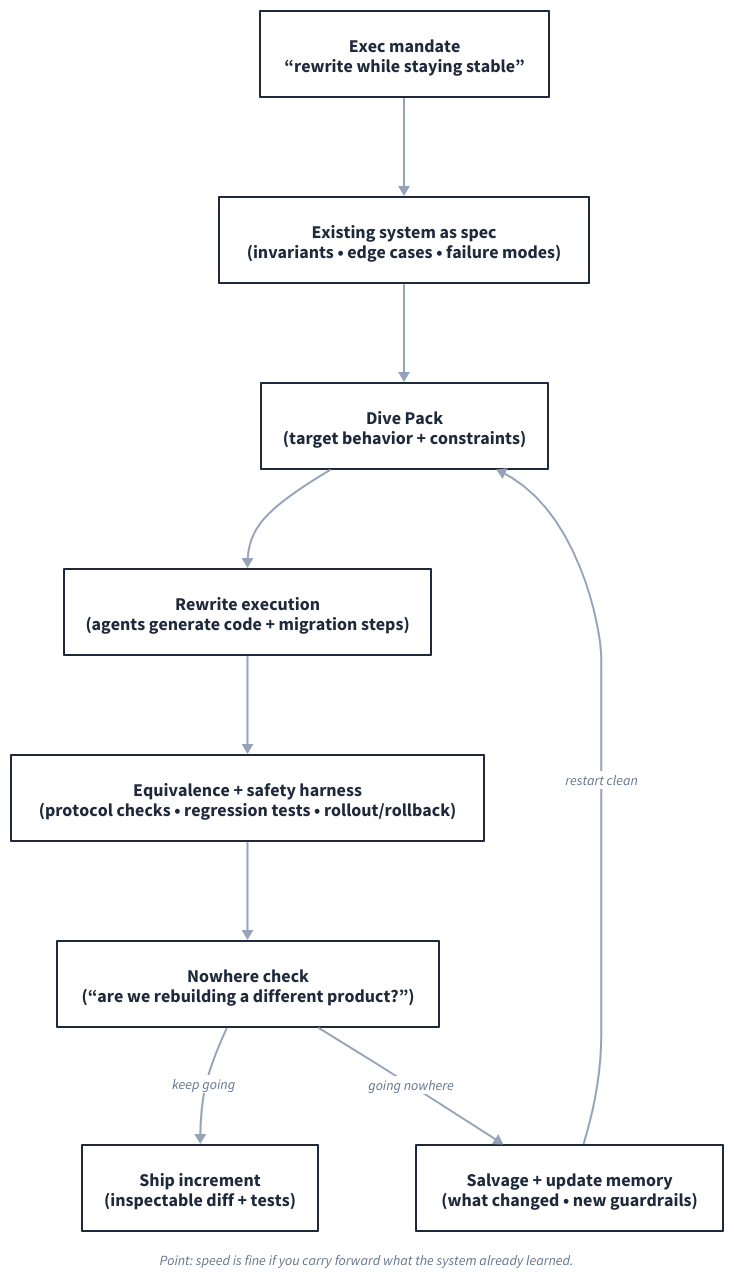
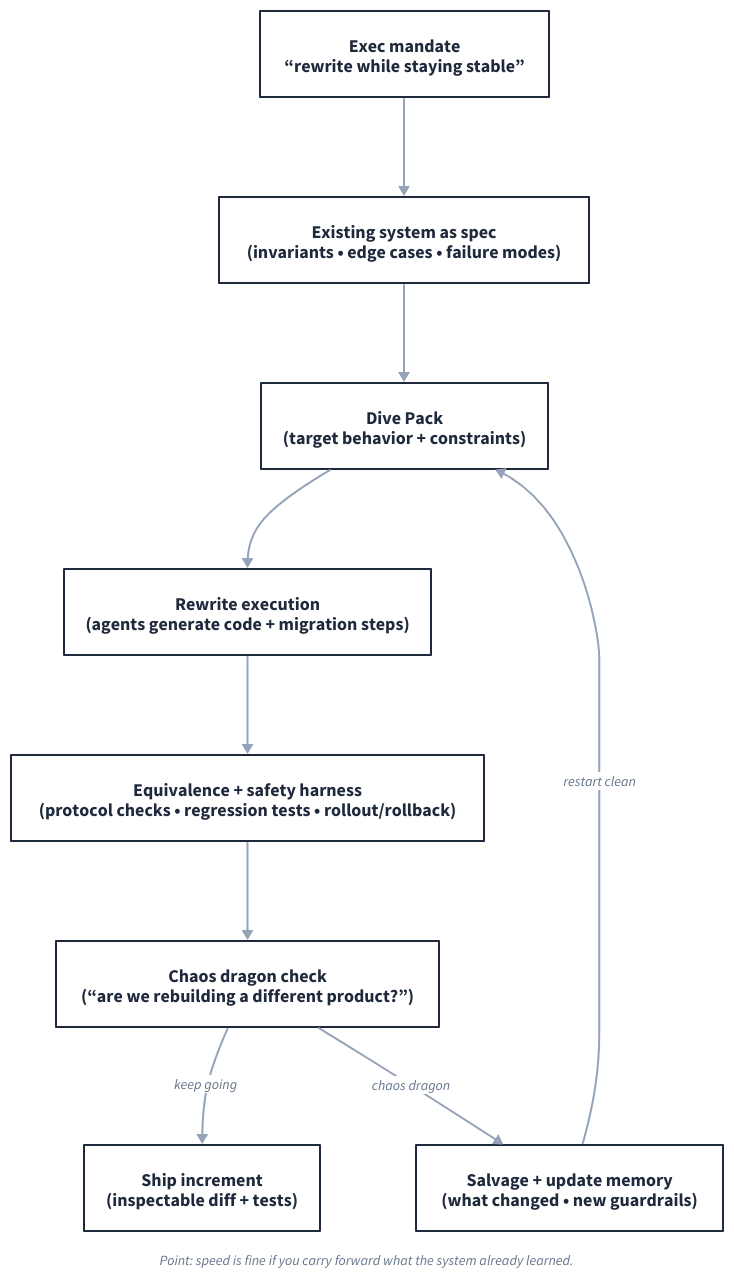
One commit to muness/muness.github.io changed the diagram in viz/rewrite-with-safety-harness.d2. Above: the diagram before and after it, drawn with D2. The commit also changed 6 other files, not shown here.

Commit message:
Use 'chaos dragon' instead of 'nowhere check'

```diff
--- a/viz/rewrite-with-safety-harness.d2
+++ b/viz/rewrite-with-safety-harness.d2
@@ -1,104 +1,104 @@
 direction: down
 
 vars: {
   center-color: "#64748B"
   accent-color: "#94A3B8"
   text-color: "#1E293B"
   subtitle-color: "#64748B"
 }
 
 classes: {
   box: {
     style: {
       stroke: ${text-color}
       stroke-width: 2
       fill: "#FFFFFF"
       font-color: ${text-color}
       font-size: 18
       bold: true
     }
   }
   edge: {
     style: {
       stroke: ${accent-color}
       stroke-width: 2
       font-color: ${subtitle-color}
       font-size: 14
     }
   }
   note: {
     shape: text
     style: {
       font-color: ${subtitle-color}
       font-size: 14
       italic: true
     }
   }
 }
 
 mandate: {
   class: box
   label: "Exec mandate\n“rewrite while staying stable”"
 }
 
 spec: {
   class: box
   label: "Existing system as spec\n(invariants • edge cases • failure modes)"
 }
 
 dive: {
   class: box
   label: "Dive Pack\n(target behavior + constraints)"
 }
 
 run: {
   class: box
   label: "Rewrite execution\n(agents generate code + migration steps)"
 }
 
 gates: {
   class: box
   label: "Equivalence + safety harness\n(protocol checks • regression tests • rollout/rollback)"
 }
 
 drift: {
   class: box
-  label: "Nowhere check\n(“are we rebuilding a different product?”)"
+  label: "Chaos dragon check\n(“are we rebuilding a different product?”)"
 }
 
 ship: {
   class: box
   label: "Ship increment\n(inspectable diff + tests)"
 }
 
 salvage: {
   class: box
   label: "Salvage + update memory\n(what changed • new guardrails)"
 }
 
 mandate -> spec: {class: edge}
 spec -> dive: {class: edge}
 dive -> run: {class: edge}
 run -> gates: {class: edge}
 gates -> drift: {class: edge}
 
 drift -> ship: {
   class: edge
   label: "keep going"
 }
 
 drift -> salvage: {
   class: edge
-  label: "going nowhere"
+  label: "chaos dragon"
 }
 
 salvage -> dive: {
   class: edge
   label: "restart clean"
 }
 
 caption: {
   class: note
   label: "Point: speed is fine if you carry forward what the system already learned."
   near: bottom-center
 }
```
